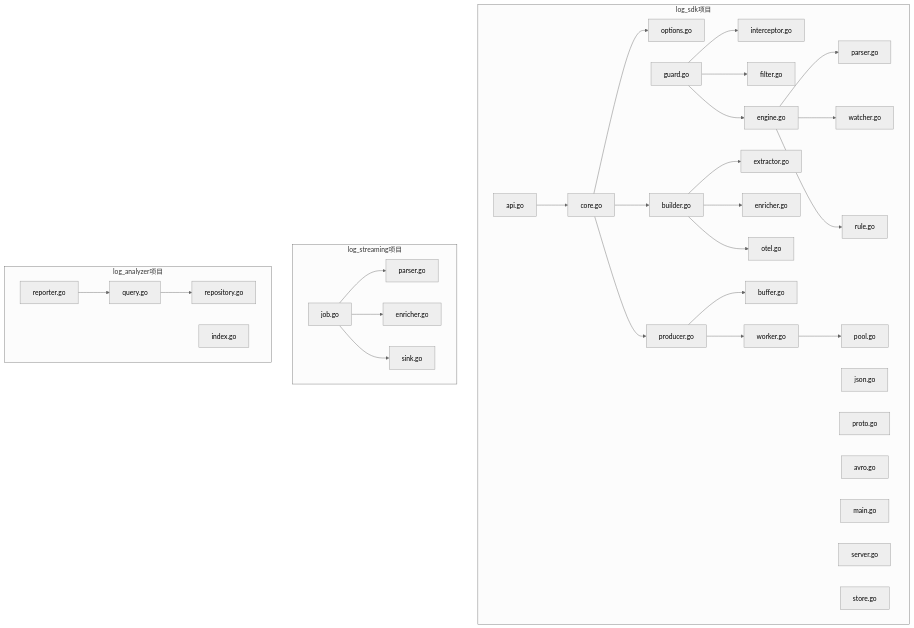
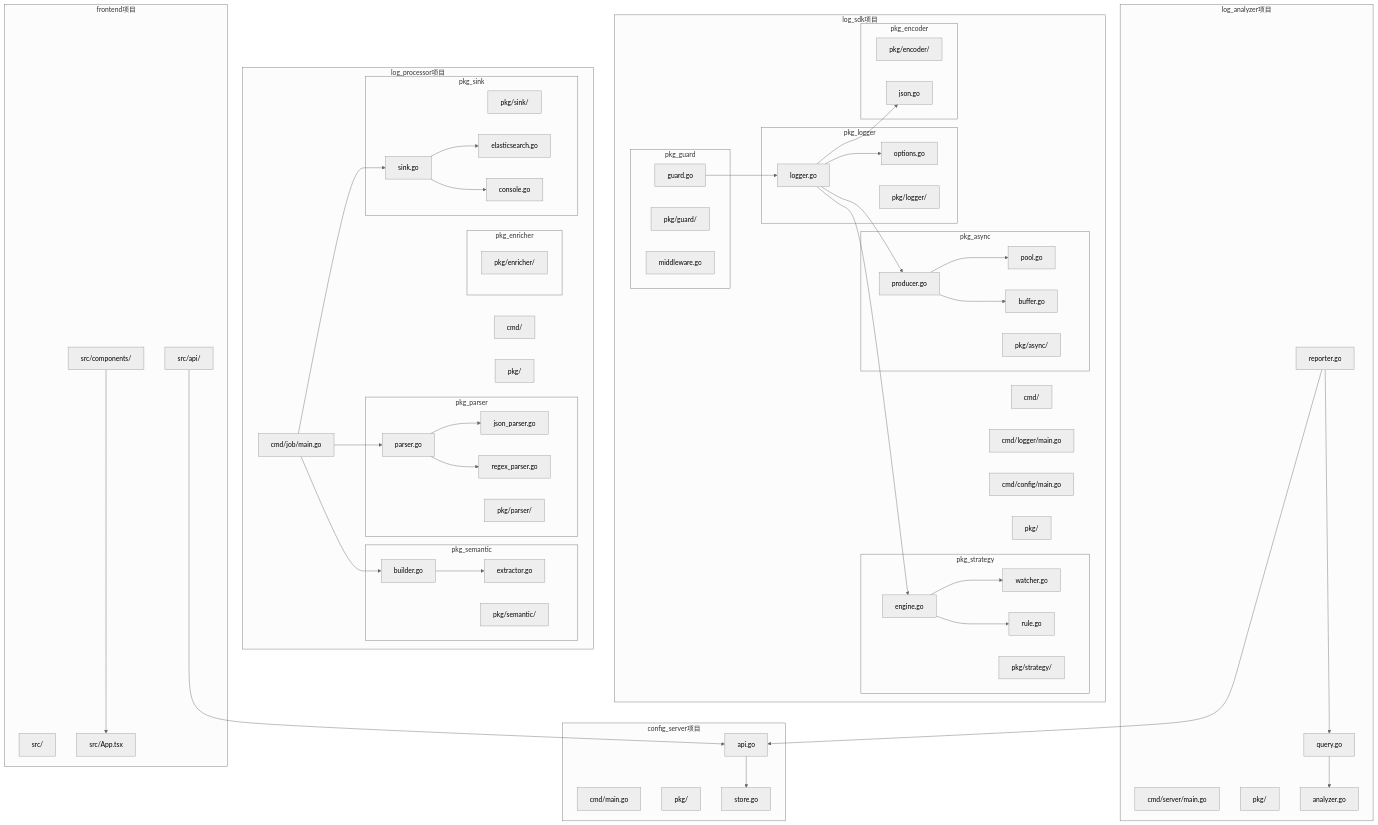
One commit to RZYN2020/logos changed the fourth of 5 diagrams in docs/thesis.md. Above: the diagram before and after it, drawn with Mermaid (neutral theme). The commit also changed other lines of this file and 18 other files, not shown here.

````diff
--- a/docs/thesis.md
+++ b/docs/thesis.md
@@ -236,77 +363,125 @@
 ```mermaid
 graph TB
     subgraph log_sdk项目
-        L_API[api.go]
-        L_CORE[core.go]
-        L_OPTIONS[options.go]
+        L_CMD[cmd/]
+        L_MAIN[cmd/logger/main.go]
+        L_CONFIG[cmd/config/main.go]
 
-        G_INTERCEPTOR[interceptor.go]
-        G_GUARD[guard.go]
-        G_FILTER[filter.go]
+        L_PKG[pkg/]
 
-        S_ENGINE[engine.go]
-        S_PARSER[parser.go]
-        S_WATCHER[watcher.go]
-        S_RULE[rule.go]
+        subgraph pkg_logger
+            LOGGER[pkg/logger/]
+            L_LOGGER[logger.go]
+            L_OPTIONS[options.go]
+        end
 
-        SEM_BUILDER[builder.go]
-        SEM_EXTRACTOR[extractor.go]
-        SEM_ENRICHER[enricher.go]
-        SEM_OTEL[otel.go]
+        subgraph pkg_guard
+            GUARD[pkg/guard/]
+            G_GUARD[guard.go]
+            G_MIDDLEWARE[middleware.go]
+        end
 
-        A_BUFFER[buffer.go]
-        A_PRODUCER[producer.go]
-        A_WORKER[worker.go]
-        A_POOL[pool.go]
+        subgraph pkg_strategy
+            STRATEGY[pkg/strategy/]
+            S_ENGINE[engine.go]
+            S_WATCHER[watcher.go]
+            S_RULE[rule.go]
+        end
 
-        E_JSON[json.go]
-        E_PROTO[proto.go]
-        E_AVRO[avro.go]
+        subgraph pkg_async
+            ASYNC[pkg/async/]
+            A_PRODUCER[producer.go]
+            A_POOL[pool.go]
+            A_BUFFER[buffer.go]
+        end
 
-        C_MAIN[main.go]
-        C_SERVER[server.go]
-        C_STORE[store.go]
+        subgraph pkg_encoder
+            ENCODER[pkg/encoder/]
+            E_JSON[json.go]
+        end
     end
 
-    subgraph log_streaming项目
-        F_JOB[job.go]
-        F_PARSER[parser.go]
-        F_ENRICHER[enricher.go]
-        F_SINK[sink.go]
+    subgraph log_processor项目
+        P_CMD[cmd/]
+        P_MAIN[cmd/job/main.go]
+        P_PKG[pkg/]
+        subgraph pkg_parser
+            PARSER[pkg/parser/]
+            PP_PARSER[parser.go]
+            PP_JSON[json_parser.go]
+            PP_REGEX[regex_parser.go]
+        end
+
+        subgraph pkg_semantic
+            SEMANTIC[pkg/semantic/]
+            PS_BUILDER[builder.go]
+            PS_EXTRACTOR[extractor.go]
+        end
+
+        subgraph pkg_enricher
+            ENRICHER[pkg/enricher/]
+        end
+
+        subgraph pkg_sink
+            SINK[pkg/sink/]
+            SK_SINK[sink.go]
+            SK_ES[elasticsearch.go]
+            SK_CONSOLE[console.go]
+        end
     end
 
     subgraph log_analyzer项目
+        AN_MAIN[cmd/server/main.go]
+        AN_PKG[pkg/]
         AN_QUERY[query.go]
         AN_REPORTER[reporter.go]
-        AN_REPOSITORY[repository.go]
-        AN_INDEX[index.go]
+        ANALYZER[analyzer.go]
     end
 
-    L_API --> L_CORE
-    L_CORE --> L_OPTIONS
-    L_CORE --> SEM_BUILDER
-    L_CORE --> A_PRODUCER
+    subgraph config_server项目
+        CS_MAIN[cmd/main.go]
+        CS_PKG[pkg/]
+        CS_API[api.go]
+        CS_STORE[store.go]
+    end
 
-    G_GUARD --> G_INTERCEPTOR
-    G_GUARD --> G_FILTER
-    G_GUARD --> S_ENGINE
+    subgraph frontend项目
+        F_SRC[src/]
+        F_API[src/api/]
+        F_COMPONENTS[src/components/]
+        F_APP[src/App.tsx]
+    end
 
-    S_ENGINE --> S_PARSER
+    L_LOGGER --> L_OPTIONS
+    L_LOGGER --> A_PRODUCER
+    L_LOGGER --> S_ENGINE
+    L_LOGGER --> E_JSON
+
+    G_GUARD --> L_LOGGER
+
     S_ENGINE --> S_WATCHER
     S_ENGINE --> S_RULE
 
-    SEM_BUILDER --> SEM_EXTRACTOR
-    SEM_BUILDER --> SEM_ENRICHER
-    SEM_BUILDER --> SEM_OTEL
+    A_PRODUCER --> A_POOL
+    A_PRODUCER --> A_BUFFER
 
-    A_PRODUCER --> A_BUFFER
-    A_PRODUCER --> A_WORKER
-    A_WORKER --> A_POOL
+    P_MAIN --> PP_PARSER
+    P_MAIN --> PS_BUILDER
+    P_MAIN --> SK_SINK
 
-    F_JOB --> F_PARSER
-    F_JOB --> F_ENRICHER
-    F_JOB --> F_SINK
+    PP_PARSER --> PP_JSON
+    PP_PARSER --> PP_REGEX
+    PS_BUILDER --> PS_EXTRACTOR
 
-    AN_QUERY --> AN_REPOSITORY
+    SK_SINK --> SK_ES
+    SK_SINK --> SK_CONSOLE
+
+    AN_QUERY --> ANALYZER
     AN_REPORTER --> AN_QUERY
+
+    CS_API --> CS_STORE
+    AN_REPORTER --> CS_API
+
+    F_API --> CS_API
+    F_COMPONENTS --> F_APP
 ```
````
